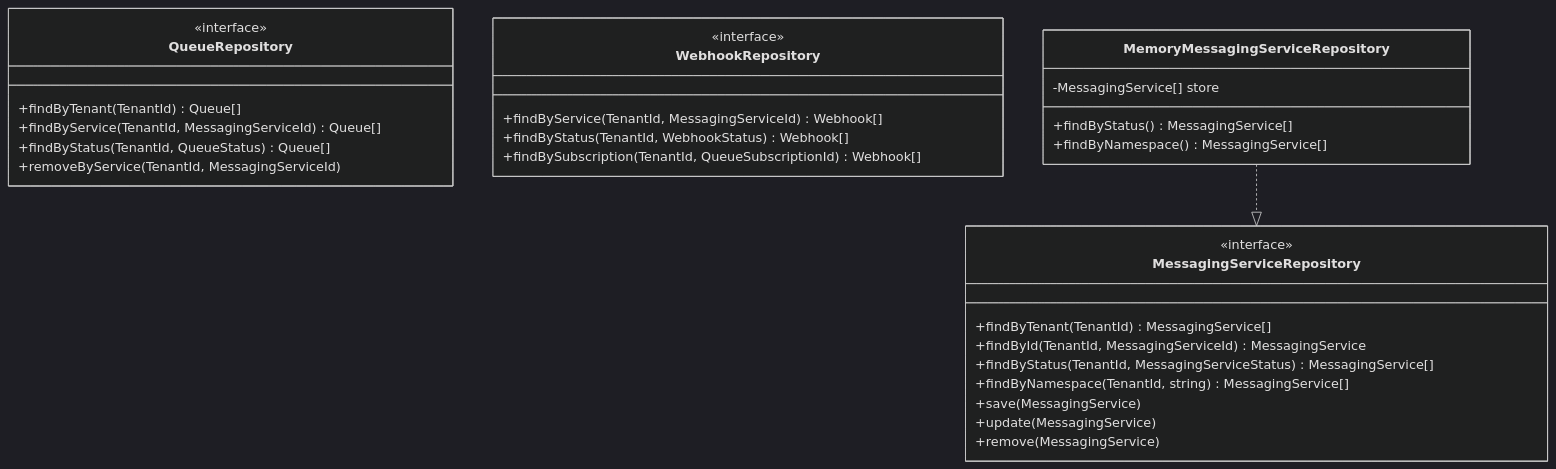
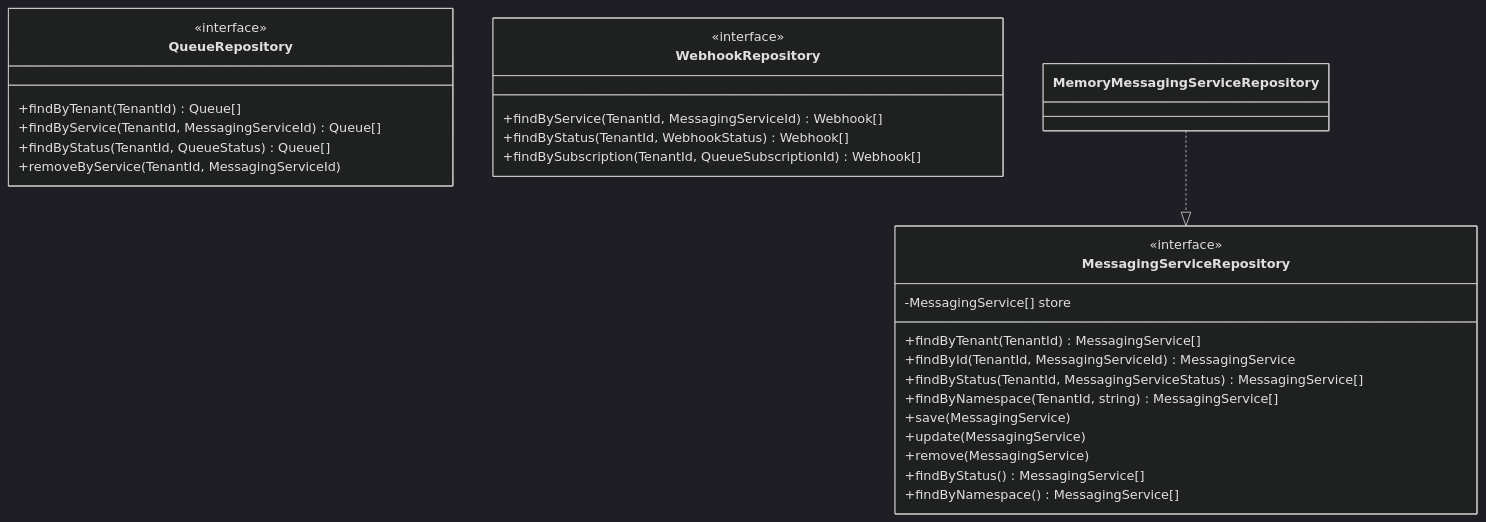
One commit to UIMSolutions/uim-platform changed the second of 6 diagrams in events/UML.md. Above: the diagram before and after it, drawn with Mermaid (dark theme). The commit also changed 891 other files, not shown here.

````diff
--- a/events/UML.md
+++ b/events/UML.md
@@ -117,36 +117,36 @@
 ```mermaid
 classDiagram
     class MessagingServiceRepository {
         <<interface>>
         +findByTenant(TenantId) MessagingService[]
         +findById(TenantId, MessagingServiceId) MessagingService
         +findByStatus(TenantId, MessagingServiceStatus) MessagingService[]
         +findByNamespace(TenantId, string) MessagingService[]
         +save(MessagingService)
         +update(MessagingService)
         +remove(MessagingService)
     }
 
     class QueueRepository {
         <<interface>>
         +findByTenant(TenantId) Queue[]
         +findByService(TenantId, MessagingServiceId) Queue[]
         +findByStatus(TenantId, QueueStatus) Queue[]
         +removeByService(TenantId, MessagingServiceId)
     }
 
     class WebhookRepository {
         <<interface>>
         +findByService(TenantId, MessagingServiceId) Webhook[]
         +findByStatus(TenantId, WebhookStatus) Webhook[]
         +findBySubscription(TenantId, QueueSubscriptionId) Webhook[]
     }
 
-    class MemoryMessagingServiceRepository {
+    class MessagingServiceRepository {
         -MessagingService[] store
         +findByStatus() MessagingService[]
         +findByNamespace() MessagingService[]
     }
 
     MemoryMessagingServiceRepository ..|> MessagingServiceRepository
 ```
````
